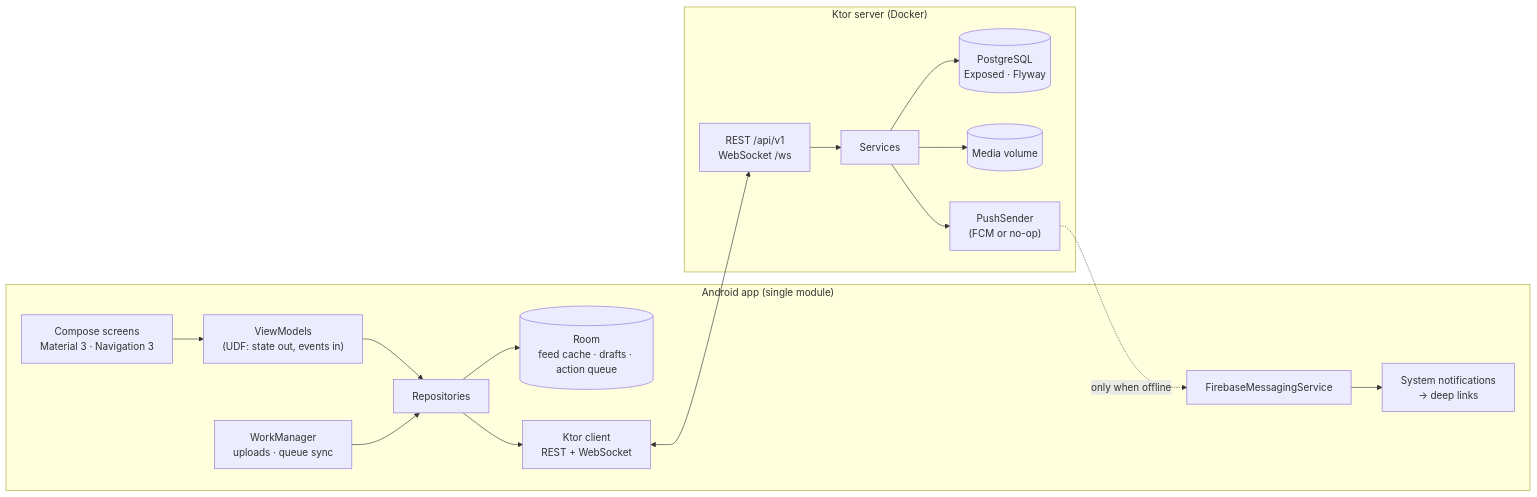
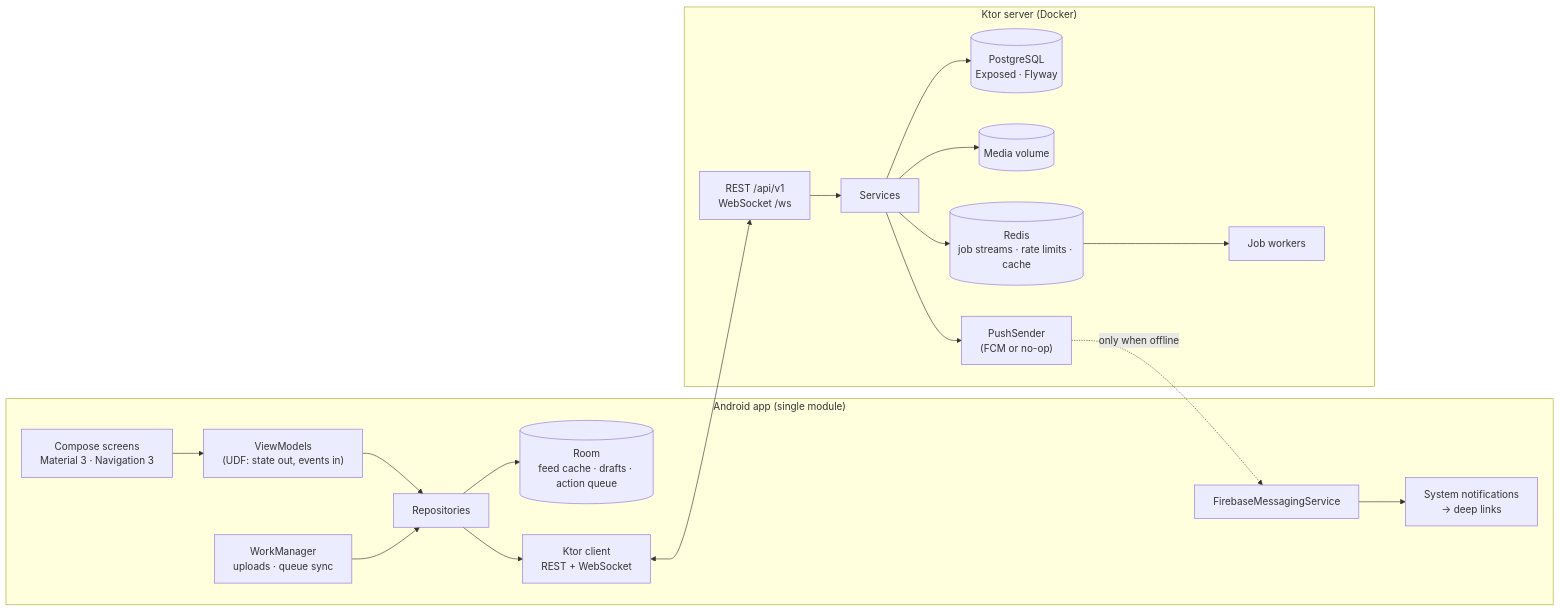
Before and after one commit to Anit8096/Instagram_Clone: the diagram in README.md, drawn with Mermaid. The commit also changed other lines of this file and 29 other files, not shown here.

First line of the commit message:
M11: Redis infrastructure (job queue, rate limits, cache)

````diff
--- a/README.md
+++ b/README.md
@@ -31,19 +31,21 @@
 ```mermaid
 flowchart LR
     subgraph Android["Android app (single module)"]
         UI["Compose screens<br/>Material 3 · Navigation 3"] --> VM["ViewModels<br/>(UDF: state out, events in)"]
         VM --> Repo["Repositories"]
         Repo --> Room[("Room<br/>feed cache · drafts · action queue")]
         Repo --> Ktor["Ktor client<br/>REST + WebSocket"]
         WM["WorkManager<br/>uploads · queue sync"] --> Repo
         FCM["FirebaseMessagingService"] --> Notif["System notifications<br/>→ deep links"]
     end
     subgraph Server["Ktor server (Docker)"]
         Routes["REST /api/v1<br/>WebSocket /ws"] --> Services["Services"]
         Services --> PG[("PostgreSQL<br/>Exposed · Flyway")]
         Services --> Disk[("Media volume")]
         Services --> Push["PushSender<br/>(FCM or no-op)"]
+        Services --> Redis[("Redis<br/>job streams · rate limits · cache")]
+        Redis --> Workers["Job workers"]
     end
     Ktor <--> Routes
     Push -. "only when offline" .-> FCM
 ```
````
